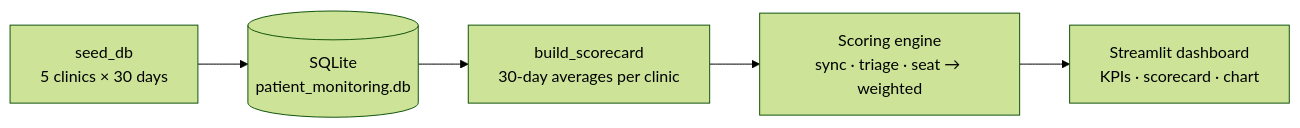
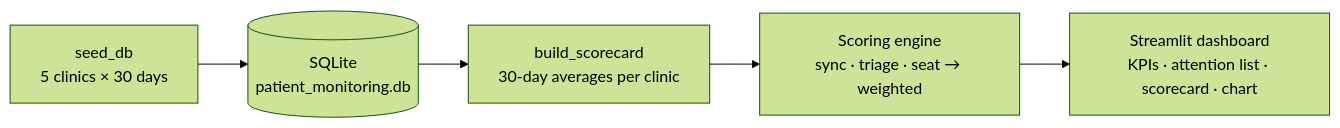
Before and after one commit to stunned11/clinicengagementsystemcapstone: the diagram in README.md, drawn with Mermaid (forest theme). The commit also changed other lines of this file and 3 other files, not shown here.

````diff
--- a/README.md
+++ b/README.md
@@ -29,7 +29,7 @@
 ```mermaid
 flowchart LR
     seed["seed_db<br/>5 clinics × 30 days"] --> db[("SQLite<br/>patient_monitoring.db")]
     db --> agg["build_scorecard<br/>30-day averages per clinic"]
     agg --> engine["Scoring engine<br/>sync · triage · seat → weighted"]
-    engine --> ui["Streamlit dashboard<br/>KPIs · scorecard · chart"]
+    engine --> ui["Streamlit dashboard<br/>KPIs · attention list · scorecard · chart"]
 ```
````
